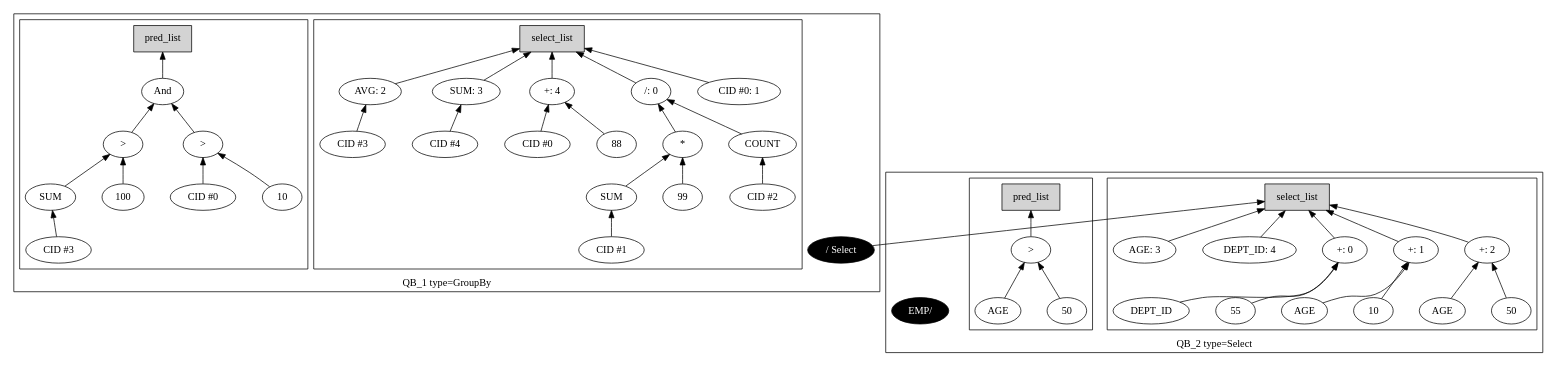
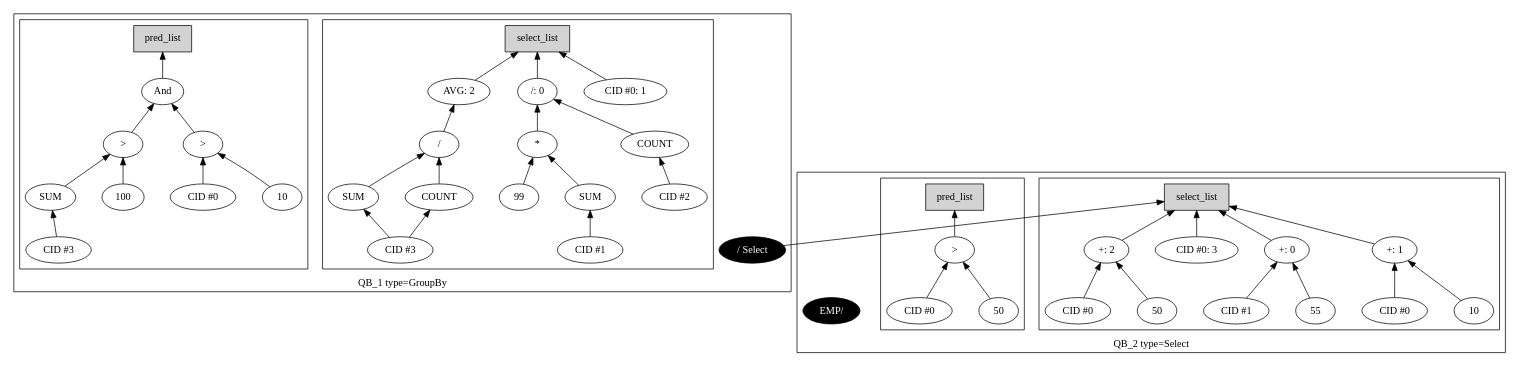
The diagram in qgm_resolved.dot (adarshpannu/kona), drawn with Graphviz before and after one commit. The commit also changed 7 other files, not shown here.

```diff
--- a/qgm_resolved.dot
+++ b/qgm_resolved.dot
@@ -1,100 +1,96 @@
 digraph example1 {
     rankdir=BT;
     nodesep=0.5;
     ordering="in";
   subgraph cluster_QB_1 {
     "QB_1_selectlist"[label="select_list",shape=box,style=filled];
   subgraph cluster_select_listQB_1 {
     exprnodeNodeId11v1[label="/: 0"];
     exprnodeNodeId6v1 -> exprnodeNodeId11v1;
     exprnodeNodeId6v1[label="*"];
     exprnodeNodeId4v1 -> exprnodeNodeId6v1;
     exprnodeNodeId4v1[label="SUM"];
-    exprnodeNodeId40v1 -> exprnodeNodeId4v1;
-    exprnodeNodeId40v1[label="CID #1"];
+    exprnodeNodeId33v1 -> exprnodeNodeId4v1;
+    exprnodeNodeId33v1[label="CID #1"];
     exprnodeNodeId5v1 -> exprnodeNodeId6v1;
     exprnodeNodeId5v1[label="99"];
     exprnodeNodeId10v1 -> exprnodeNodeId11v1;
     exprnodeNodeId10v1[label="COUNT"];
-    exprnodeNodeId41v1 -> exprnodeNodeId10v1;
-    exprnodeNodeId41v1[label="CID #2"];
+    exprnodeNodeId34v1 -> exprnodeNodeId10v1;
+    exprnodeNodeId34v1[label="CID #2"];
     exprnodeNodeId11v1 -> "QB_1_selectlist";
-    exprnodeNodeId42v1[label="CID #0: 1"];
-    exprnodeNodeId42v1 -> "QB_1_selectlist";
+    exprnodeNodeId35v1[label="CID #0: 1"];
+    exprnodeNodeId35v1 -> "QB_1_selectlist";
     exprnodeNodeId16v1[label="AVG: 2"];
-    exprnodeNodeId43v1 -> exprnodeNodeId16v1;
-    exprnodeNodeId43v1[label="CID #3"];
+    exprnodeNodeId39v1 -> exprnodeNodeId16v1;
+    exprnodeNodeId39v1[label="/"];
+    exprnodeNodeId37v1 -> exprnodeNodeId39v1;
+    exprnodeNodeId37v1[label="SUM"];
+    exprnodeNodeId36v1 -> exprnodeNodeId37v1;
+    exprnodeNodeId36v1[label="CID #3"];
+    exprnodeNodeId38v1 -> exprnodeNodeId39v1;
+    exprnodeNodeId38v1[label="COUNT"];
+    exprnodeNodeId36v1 -> exprnodeNodeId38v1;
+    exprnodeNodeId36v1[label="CID #3"];
     exprnodeNodeId16v1 -> "QB_1_selectlist";
-    exprnodeNodeId18v1[label="SUM: 3"];
-    exprnodeNodeId44v1 -> exprnodeNodeId18v1;
-    exprnodeNodeId44v1[label="CID #4"];
-    exprnodeNodeId18v1 -> "QB_1_selectlist";
-    exprnodeNodeId23v1[label="+: 4"];
-    exprnodeNodeId45v1 -> exprnodeNodeId23v1;
-    exprnodeNodeId45v1[label="CID #0"];
-    exprnodeNodeId22v1 -> exprnodeNodeId23v1;
-    exprnodeNodeId22v1[label="88"];
-    exprnodeNodeId23v1 -> "QB_1_selectlist";
 }
     "QUN_3"[label="/ Select", fillcolor=black, fontcolor=white, style=filled]
   subgraph cluster_pred_listQB_1 {
-    exprnodeNodeId39v1[label="And"];
-    exprnodeNodeId33v1 -> exprnodeNodeId39v1;
-    exprnodeNodeId33v1[label=">"];
-    exprnodeNodeId31v1 -> exprnodeNodeId33v1;
-    exprnodeNodeId31v1[label="SUM"];
-    exprnodeNodeId46v1 -> exprnodeNodeId31v1;
-    exprnodeNodeId46v1[label="CID #3"];
-    exprnodeNodeId32v1 -> exprnodeNodeId33v1;
-    exprnodeNodeId32v1[label="100"];
-    exprnodeNodeId38v1 -> exprnodeNodeId39v1;
-    exprnodeNodeId38v1[label=">"];
-    exprnodeNodeId47v1 -> exprnodeNodeId38v1;
-    exprnodeNodeId47v1[label="CID #0"];
-    exprnodeNodeId37v1 -> exprnodeNodeId38v1;
-    exprnodeNodeId37v1[label="10"];
-    exprnodeNodeId39v1 -> QB_1_pred_list;
+    exprnodeNodeId32v1[label="And"];
+    exprnodeNodeId26v1 -> exprnodeNodeId32v1;
+    exprnodeNodeId26v1[label=">"];
+    exprnodeNodeId24v1 -> exprnodeNodeId26v1;
+    exprnodeNodeId24v1[label="SUM"];
+    exprnodeNodeId40v1 -> exprnodeNodeId24v1;
+    exprnodeNodeId40v1[label="CID #3"];
+    exprnodeNodeId25v1 -> exprnodeNodeId26v1;
+    exprnodeNodeId25v1[label="100"];
+    exprnodeNodeId31v1 -> exprnodeNodeId32v1;
+    exprnodeNodeId31v1[label=">"];
+    exprnodeNodeId41v1 -> exprnodeNodeId31v1;
+    exprnodeNodeId41v1[label="CID #0"];
+    exprnodeNodeId30v1 -> exprnodeNodeId31v1;
+    exprnodeNodeId30v1[label="10"];
+    exprnodeNodeId32v1 -> QB_1_pred_list;
     "QB_1_pred_list"[label="pred_list",shape=box,style=filled];
 }
     label = "QB_1 type=GroupBy";
 }
     "QUN_3" -> "QB_2_selectlist";
   subgraph cluster_QB_2 {
     "QB_2_selectlist"[label="select_list",shape=box,style=filled];
   subgraph cluster_select_listQB_2 {
-    exprnodeNodeId29v1[label="+: 0"];
-    exprnodeNodeId27v1 -> exprnodeNodeId29v1;
-    exprnodeNodeId27v1[label="DEPT_ID"];
-    exprnodeNodeId28v1 -> exprnodeNodeId29v1;
-    exprnodeNodeId28v1[label="55"];
-    exprnodeNodeId29v1 -> "QB_2_selectlist";
+    exprnodeNodeId22v1[label="+: 0"];
+    exprnodeNodeId20v1 -> exprnodeNodeId22v1;
+    exprnodeNodeId20v1[label="CID #1"];
+    exprnodeNodeId21v1 -> exprnodeNodeId22v1;
+    exprnodeNodeId21v1[label="55"];
+    exprnodeNodeId22v1 -> "QB_2_selectlist";
     exprnodeNodeId3v1[label="+: 1"];
     exprnodeNodeId1v1 -> exprnodeNodeId3v1;
-    exprnodeNodeId1v1[label="AGE"];
+    exprnodeNodeId1v1[label="CID #0"];
     exprnodeNodeId2v1 -> exprnodeNodeId3v1;
     exprnodeNodeId2v1[label="10"];
     exprnodeNodeId3v1 -> "QB_2_selectlist";
     exprnodeNodeId9v1[label="+: 2"];
     exprnodeNodeId7v1 -> exprnodeNodeId9v1;
-    exprnodeNodeId7v1[label="AGE"];
+    exprnodeNodeId7v1[label="CID #0"];
     exprnodeNodeId8v1 -> exprnodeNodeId9v1;
     exprnodeNodeId8v1[label="50"];
     exprnodeNodeId9v1 -> "QB_2_selectlist";
-    exprnodeNodeId15v1[label="AGE: 3"];
+    exprnodeNodeId15v1[label="CID #0: 3"];
     exprnodeNodeId15v1 -> "QB_2_selectlist";
-    exprnodeNodeId17v1[label="DEPT_ID: 4"];
-    exprnodeNodeId17v1 -> "QB_2_selectlist";
 }
     "QUN_0"[label="EMP/ ", fillcolor=black, fontcolor=white, style=filled]
   subgraph cluster_pred_listQB_2 {
-    exprnodeNodeId26v1[label=">"];
-    exprnodeNodeId24v1 -> exprnodeNodeId26v1;
-    exprnodeNodeId24v1[label="AGE"];
-    exprnodeNodeId25v1 -> exprnodeNodeId26v1;
-    exprnodeNodeId25v1[label="50"];
-    exprnodeNodeId26v1 -> QB_2_pred_list;
+    exprnodeNodeId19v1[label=">"];
+    exprnodeNodeId17v1 -> exprnodeNodeId19v1;
+    exprnodeNodeId17v1[label="CID #0"];
+    exprnodeNodeId18v1 -> exprnodeNodeId19v1;
+    exprnodeNodeId18v1[label="50"];
+    exprnodeNodeId19v1 -> QB_2_pred_list;
     "QB_2_pred_list"[label="pred_list",shape=box,style=filled];
 }
     label = "QB_2 type=Select";
 }
 }
```
